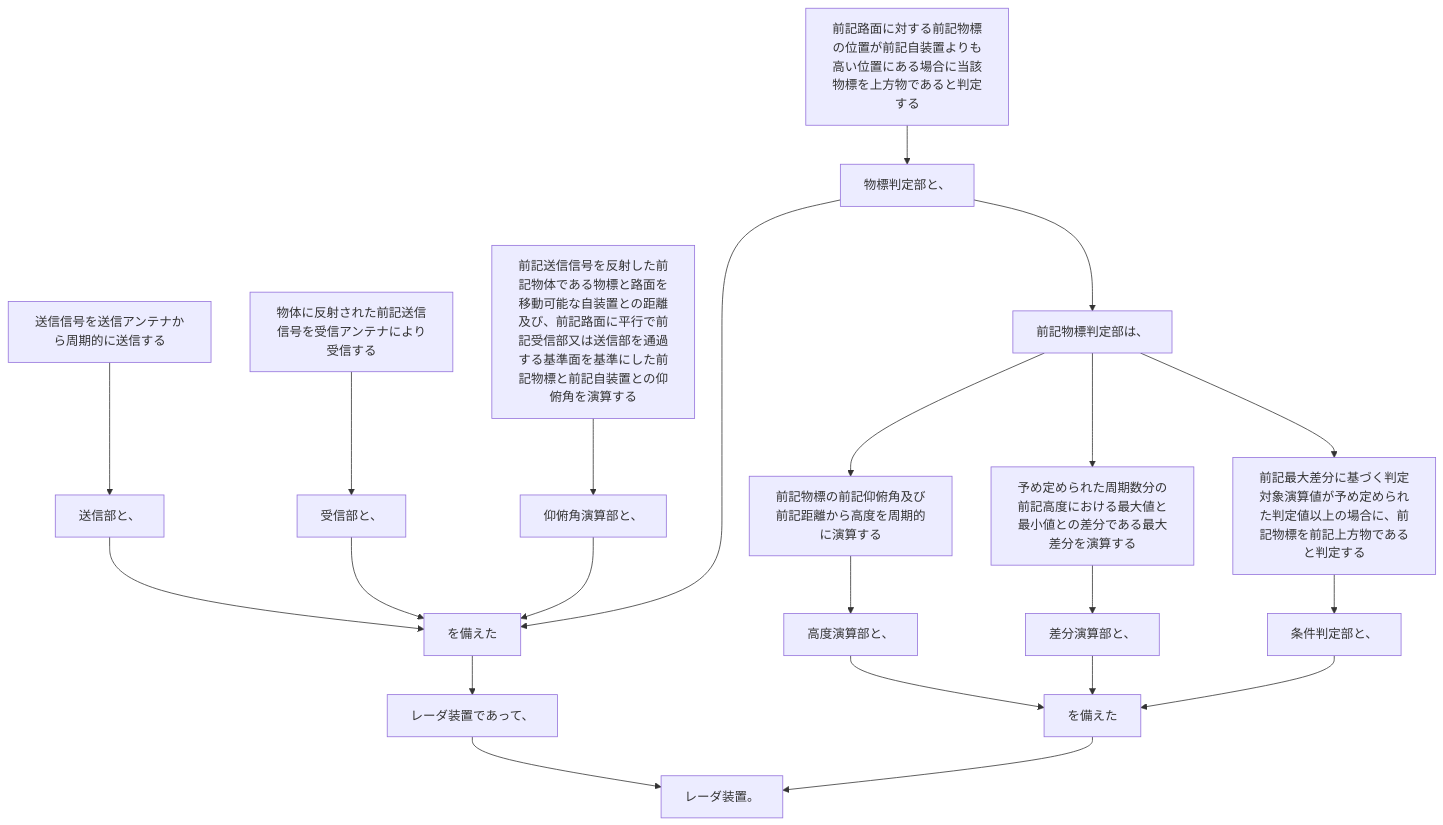
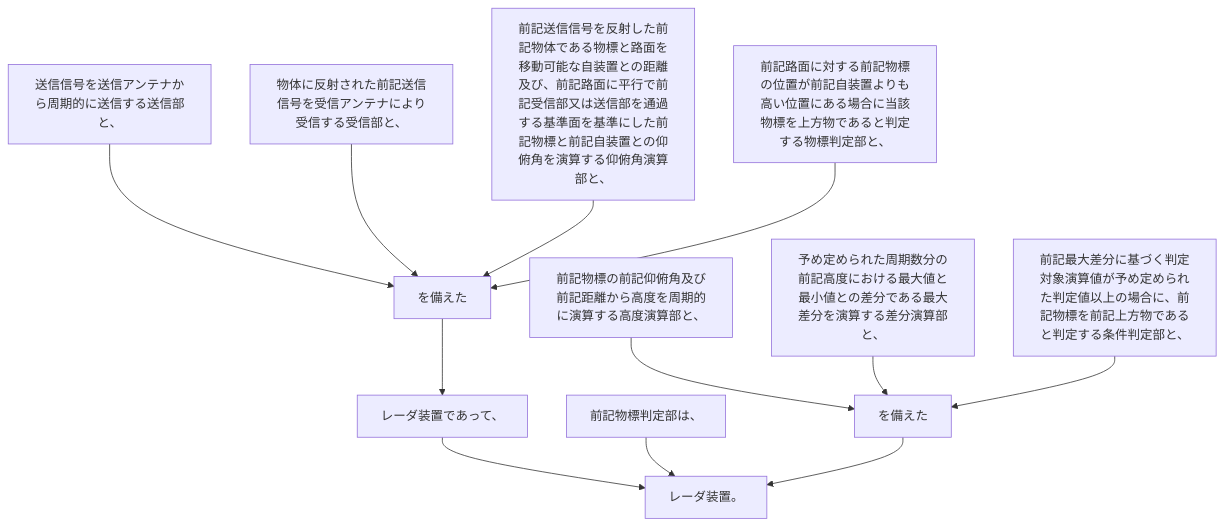
Before and after one commit to shinmori55/patent_analyzed: the diagram in 2024/JP2024021637A/claim_1/README.md, drawn with Mermaid. The commit also changed 336 other files, not shown here.

````diff
--- a/2024/JP2024021637A/claim_1/README.md
+++ b/2024/JP2024021637A/claim_1/README.md
@@ -10,51 +10,26 @@
 ```mermaid
 flowchart TD
-A[送信信号を送信アンテナから周期的に送信する]
-B[送信部と、]
-C[物体に反射された前記送信信号を受信アンテナにより受信する]
-D[受信部と、]
-E[前記送信信号を反射した前記物体である物標と路面を移動可能な自装置との距離及び、前記路面に平行で前記受信部又は送信部を通過する基準面を基準にした前記物標と前記自装置との仰俯角を演算する]
-F[仰俯角演算部と、]
-G[前記路面に対する前記物標の位置が前記自装置よりも高い位置にある場合に当該物標を上方物であると判定する]
-H[物標判定部と、]
-I[を備えた]
-J[レーダ装置であって、]
-
-K[前記物標判定部は、]
-L[前記物標の前記仰俯角及び前記距離から高度を周期的に演算する]
-M[高度演算部と、]
-N[予め定められた周期数分の前記高度における最大値と最小値との差分である最大差分を演算する]
-O[差分演算部と、]
-P[前記最大差分に基づく判定対象演算値が予め定められた判定値以上の場合に、前記物標を前記上方物であると判定する]
-Q[条件判定部と、]
-R[を備えた]
-S[レーダ装置。]
-
-A --> B
-C --> D
+A[送信信号を送信アンテナから周期的に送信する送信部と、]
+B[物体に反射された前記送信信号を受信アンテナにより受信する受信部と、]
+C[前記送信信号を反射した前記物体である物標と路面を移動可能な自装置との距離及び、前記路面に平行で前記受信部又は送信部を通過する基準面を基準にした前記物標と前記自装置との仰俯角を演算する仰俯角演算部と、]
+D[前記路面に対する前記物標の位置が前記自装置よりも高い位置にある場合に当該物標を上方物であると判定する物標判定部と、]
+E[を備えた]
+F[レーダ装置であって、]
+G[前記物標判定部は、]
+H[前記物標の前記仰俯角及び前記距離から高度を周期的に演算する高度演算部と、]
+I[予め定められた周期数分の前記高度における最大値と最小値との差分である最大差分を演算する差分演算部と、]
+J[前記最大差分に基づく判定対象演算値が予め定められた判定値以上の場合に、前記物標を前記上方物であると判定する条件判定部と、]
+K[を備えた]
+L[レーダ装置。]
+A --> E
+B --> E
+C --> E
+D --> E
 E --> F
-G --> H
-
-B --> I
-D --> I
-F --> I
-H --> I
-
-I --> J
-
-J --> S
-
+F --> L
+G --> L
 H --> K
+I --> K
+J --> K
 K --> L
-L --> M
-K --> N
-N --> O
-K --> P
-P --> Q
-
-M --> R
-O --> R
-Q --> R
-
-R --> S
 ```
````
